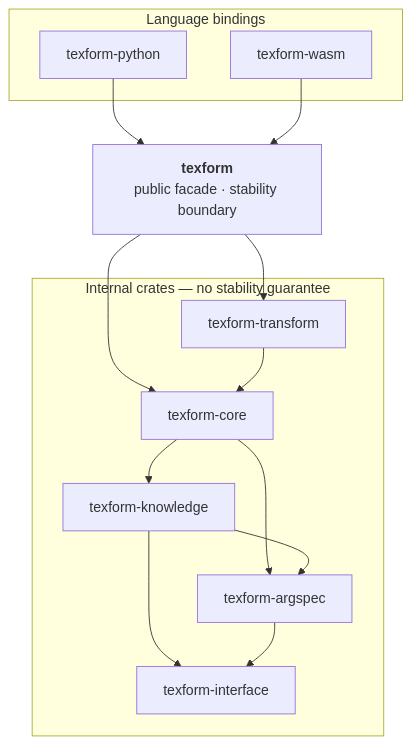
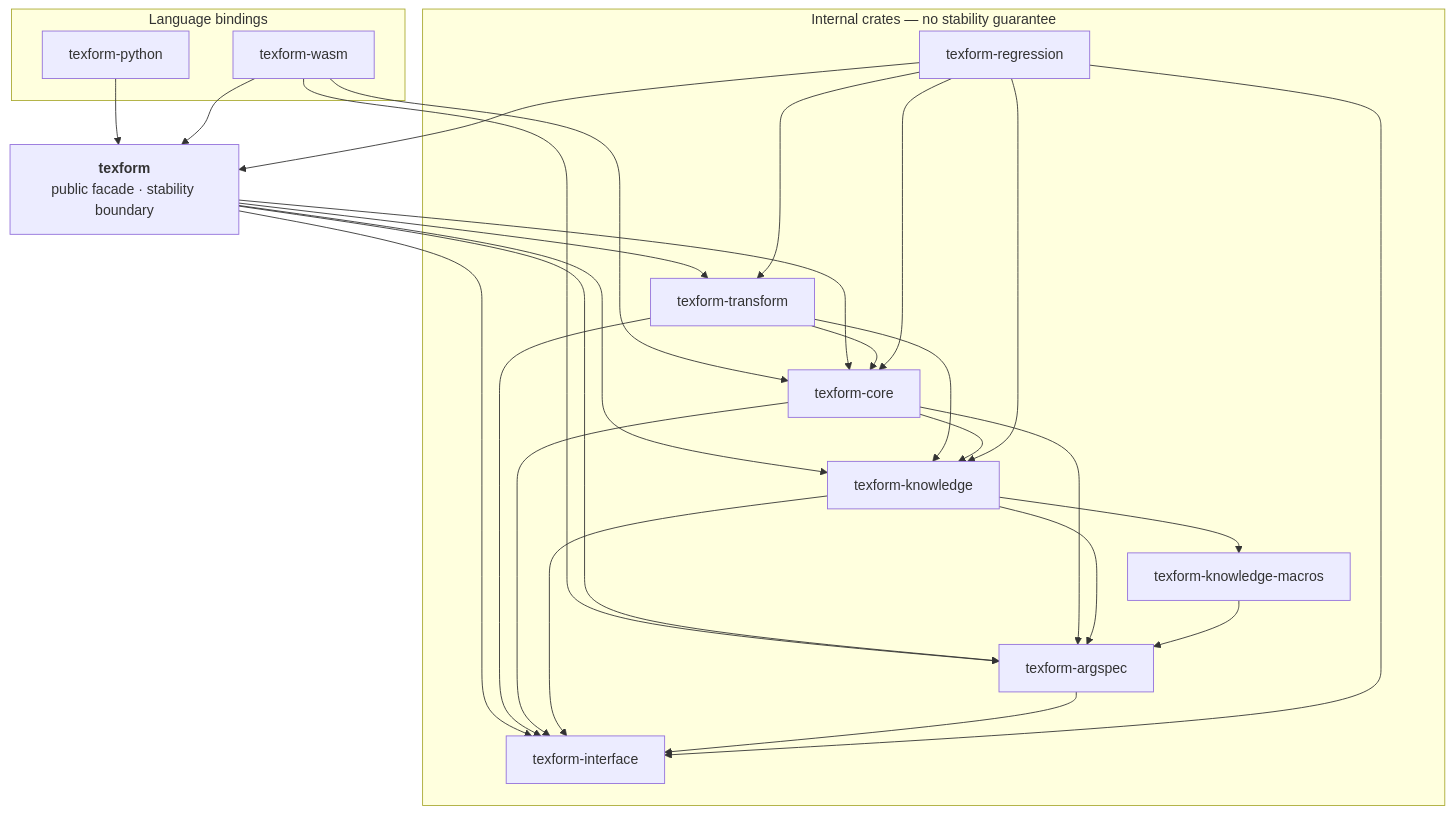
Before and after one commit to texform-dev/texform: the diagram in ARCHITECTURE.md, drawn with Mermaid. The commit also changed other lines of this file and 1 other file, not shown here.

Commit message:
docs: refine 0.1.0 changelog and update crate dependency map
- Tighten the 0.1.0 changelog into a user-facing capability snapshot: drop internal-implementation bullets (facade crate, multi-phase pipeline), merge the duplicate `Document` entries, and lead with a one-line release summary.
- Expand the ARCHITECTURE crate graph and table to cover `texform-knowledge-macros` and `texform-regression`, and the binding crates' internal helper dependencies.

````diff
--- a/ARCHITECTURE.md
+++ b/ARCHITECTURE.md
@@ -13,28 +13,45 @@
 ```mermaid
 graph TD
     subgraph bindings["Language bindings"]
         py["texform-python"]
         wasm["texform-wasm"]
     end
 
     facade["<b>texform</b><br/>public facade · stability boundary"]
 
     subgraph internal["Internal crates — no stability guarantee"]
         transform["texform-transform"]
         core["texform-core"]
         knowledge["texform-knowledge"]
+        knowledge_macros["texform-knowledge-macros"]
         argspec["texform-argspec"]
         interface["texform-interface"]
+        regression["texform-regression"]
     end
 
     py --> facade
     wasm --> facade
+    wasm --> core
+    wasm --> argspec
     facade --> transform
     facade --> core
+    facade --> knowledge
+    facade --> argspec
+    facade --> interface
     transform --> core
+    transform --> knowledge
+    transform --> interface
     core --> knowledge
     core --> argspec
+    core --> interface
     knowledge --> argspec
+    knowledge --> knowledge_macros
     knowledge --> interface
+    knowledge_macros --> argspec
     argspec --> interface
+    regression --> facade
+    regression --> transform
+    regression --> core
+    regression --> knowledge
+    regression --> interface
 ```
````
